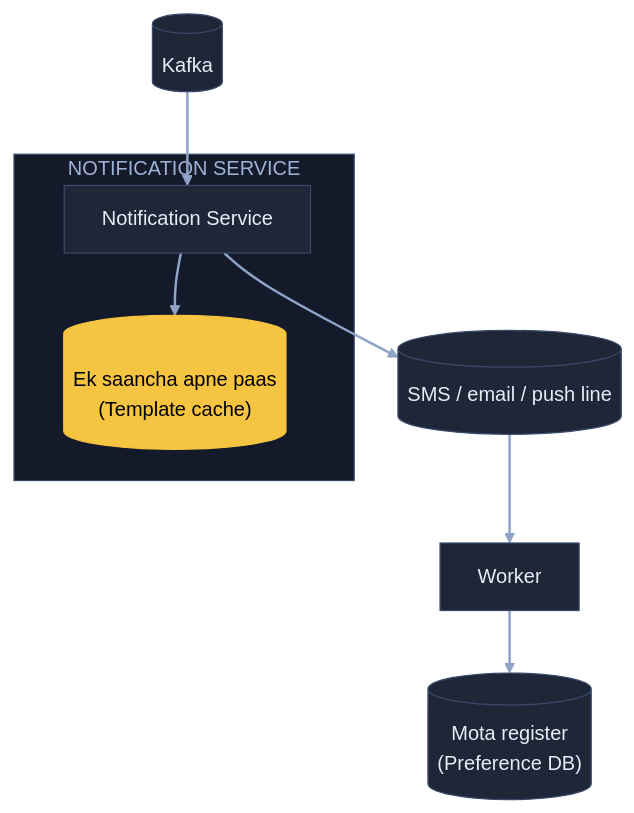
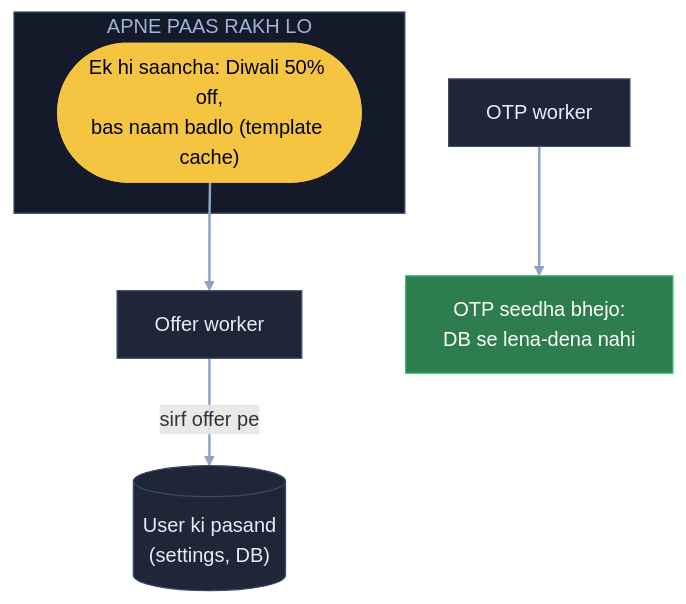
The ninth of 9 diagrams in 04_HLD/SYSTEM_DESIGNS/04_notification_system/04_notification_system.md (ArpanMaheshwari144/Prep), drawn with Mermaid before and after one commit. The commit also changed other lines of this file, not shown here.

Commit message:
Notification: 9 diagram hand notes ke shabdon se (K9: OTP seedha, DB nahi)

````diff
--- a/04_HLD/SYSTEM_DESIGNS/04_notification_system/04_notification_system.md
+++ b/04_HLD/SYSTEM_DESIGNS/04_notification_system/04_notification_system.md
@@ -342,22 +324,19 @@
 ```mermaid
 flowchart TB
-    K[("Kafka")]:::card
-    subgraph NS["NOTIFICATION SERVICE"]
-        N["Notification Service"]:::card
-        TC[("Ek saancha apne paas<br/>(Template cache)")]:::pill
+    subgraph AP["APNE PAAS RAKH LO"]
+        T(["Ek hi saancha: Diwali 50% off,<br/>bas naam badlo (template cache)"]):::pill
     end
-    L[("SMS / email / push line")]:::card
-    W["Worker"]:::card
-    PD[("Mota register<br/>(Preference DB)")]:::card
-    K --> N
-    N --> TC
-    N --> L
-    L --> W
-    W --> PD
+    OF["Offer worker"]:::card
+    OT["OTP worker"]:::card
+    PD[("User ki pasand<br/>(settings, DB)")]:::card
+    S["OTP seedha bhejo:<br/>DB se lena-dena nahi"]:::good
+    T --> OF
+    OF -- "sirf offer pe" --> PD
+    OT --> S
     linkStyle default stroke:#8fa3c7,stroke-width:2px
     classDef card fill:#1e2638,stroke:#3a4a6b,color:#e8ecf5
     classDef pill fill:#f5c542,stroke:#f5c542,color:#000
     classDef good fill:#2e7d4f,stroke:#3fbf6f,color:#fff
     classDef bad fill:#5c1f24,stroke:#e05561,color:#fff
-    style NS fill:#141a29,stroke:#3a4a6b,color:#9fb3d9
+    style AP fill:#141a29,stroke:#3a4a6b,color:#9fb3d9
 ```
````
